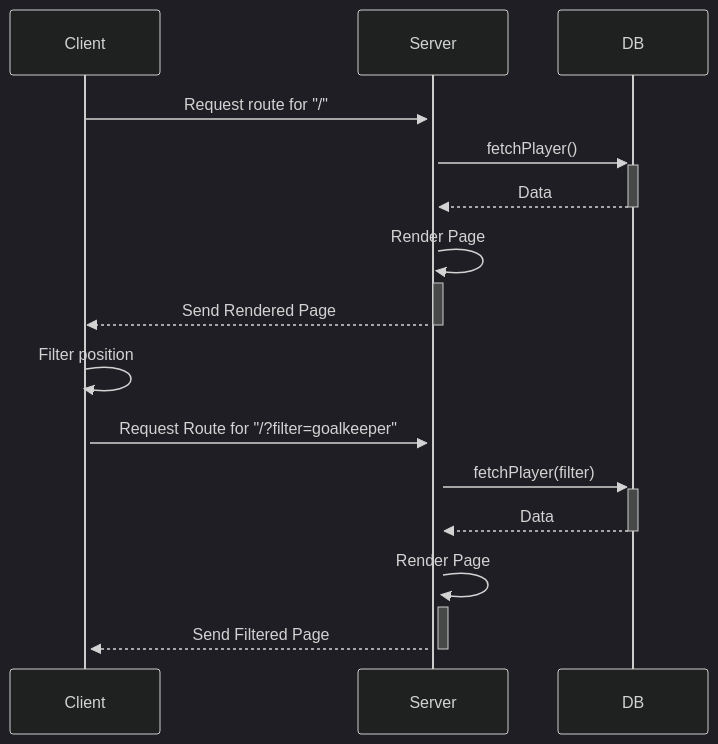
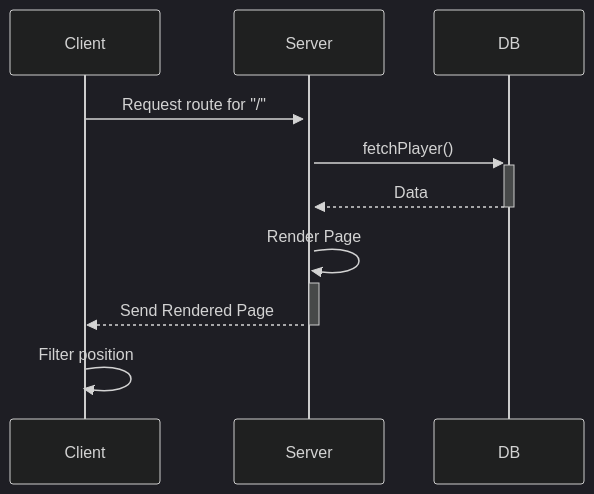
Before and after one commit to rickyxyz/solos-ta: the diagram in README.md, drawn with Mermaid (dark theme). The commit also changed other lines of this file and 5 other files, not shown here.

Commit message:
feat: change filter to client-side

````diff
--- a/README.md
+++ b/README.md
@@ -89,14 +89,9 @@
 ```mermaid
 sequenceDiagram
   Client->>+Server: Request route for "/"
   Server->>+DB: fetchPlayer()
   DB-->>-Server: Data
   Server->>+Server: Render Page
   Server-->>-Client: Send Rendered Page
   Client->>+Client: Filter position
-  Client->>+Server: Request Route for "/?filter=goalkeeper"
-  Server->>+DB: fetchPlayer(filter)
-  DB-->>-Server: Data
-  Server->>+Server: Render Page
-  Server-->>-Client: Send Filtered Page
 ```
````
